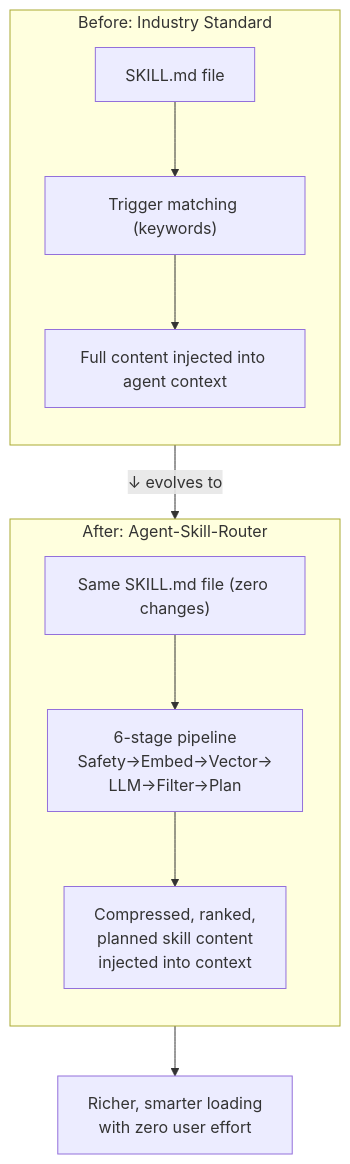
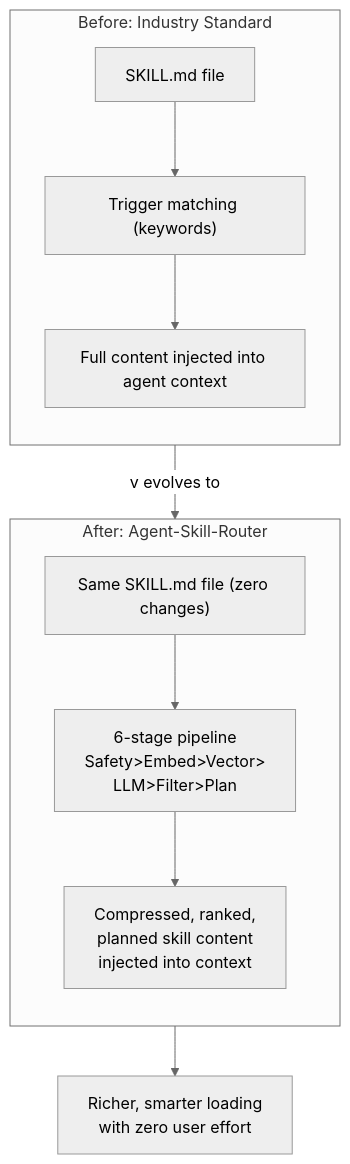
Before and after one commit to paulpas/agent-skill-router: the tenth of 10 diagrams in docs/skill-evolution.md, drawn with Mermaid. The commit also changed other lines of this file, not shown here.

Commit message:
docs: improve Mermaid diagrams per mermaid-diagrams skill guidelines — add alt-text descriptions, edge labels, YAML config, ASCII safety, and semantic styling

````diff
--- a/docs/skill-evolution.md
+++ b/docs/skill-evolution.md
@@ -518,20 +554,24 @@
 ```mermaid
+---
+config:
+  theme: neutral
+---
 flowchart TD
     subgraph Before["Before: Industry Standard"]
         direction TB
         B1["SKILL.md file"] --> B2["Trigger matching (keywords)"]
         B2 --> B3["Full content injected into agent context"]
     end
 
-    Before -->|"↓ evolves to"| After
+    Before -->|"v evolves to"| After
 
     subgraph After["After: Agent-Skill-Router"]
         direction TB
         A1["Same SKILL.md file (zero changes)"]
-        A1 --> A2["6-stage pipeline<br/>Safety→Embed→Vector→<br/>LLM→Filter→Plan"]
+        A1 --> A2["6-stage pipeline<br/>Safety>Embed>Vector><br/>LLM>Filter>Plan"]
         A2 --> A3["Compressed, ranked,<br/>planned skill content<br/>injected into context"]
     end
 
     Outcome["Richer, smarter loading<br/>with zero user effort"]
     After --> Outcome
 ```
````
